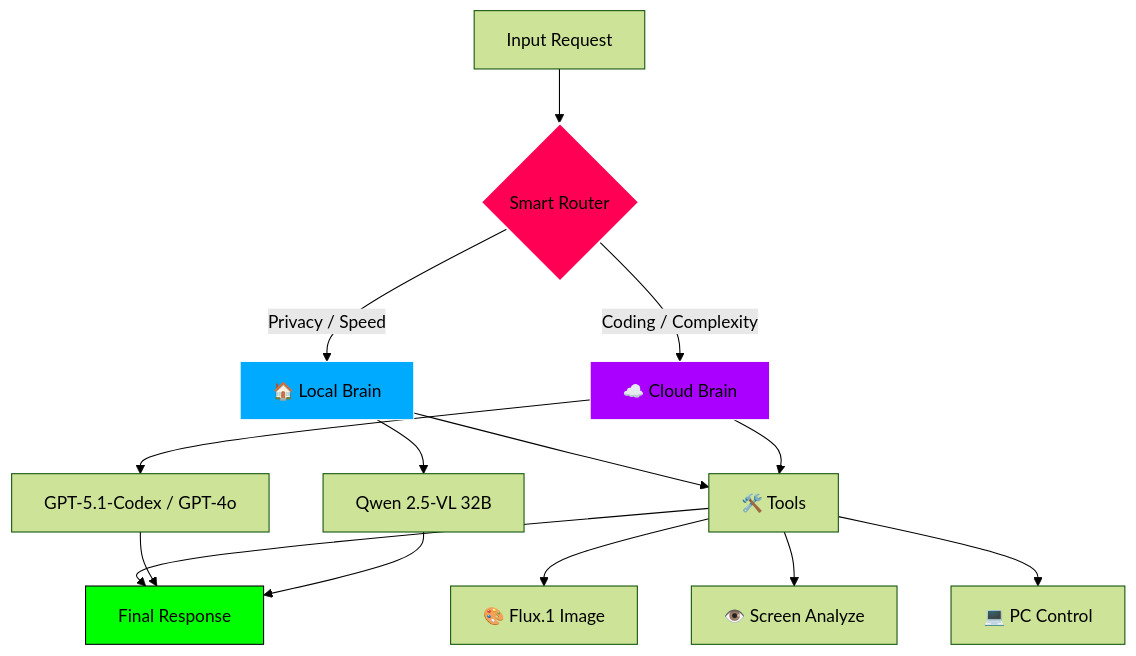
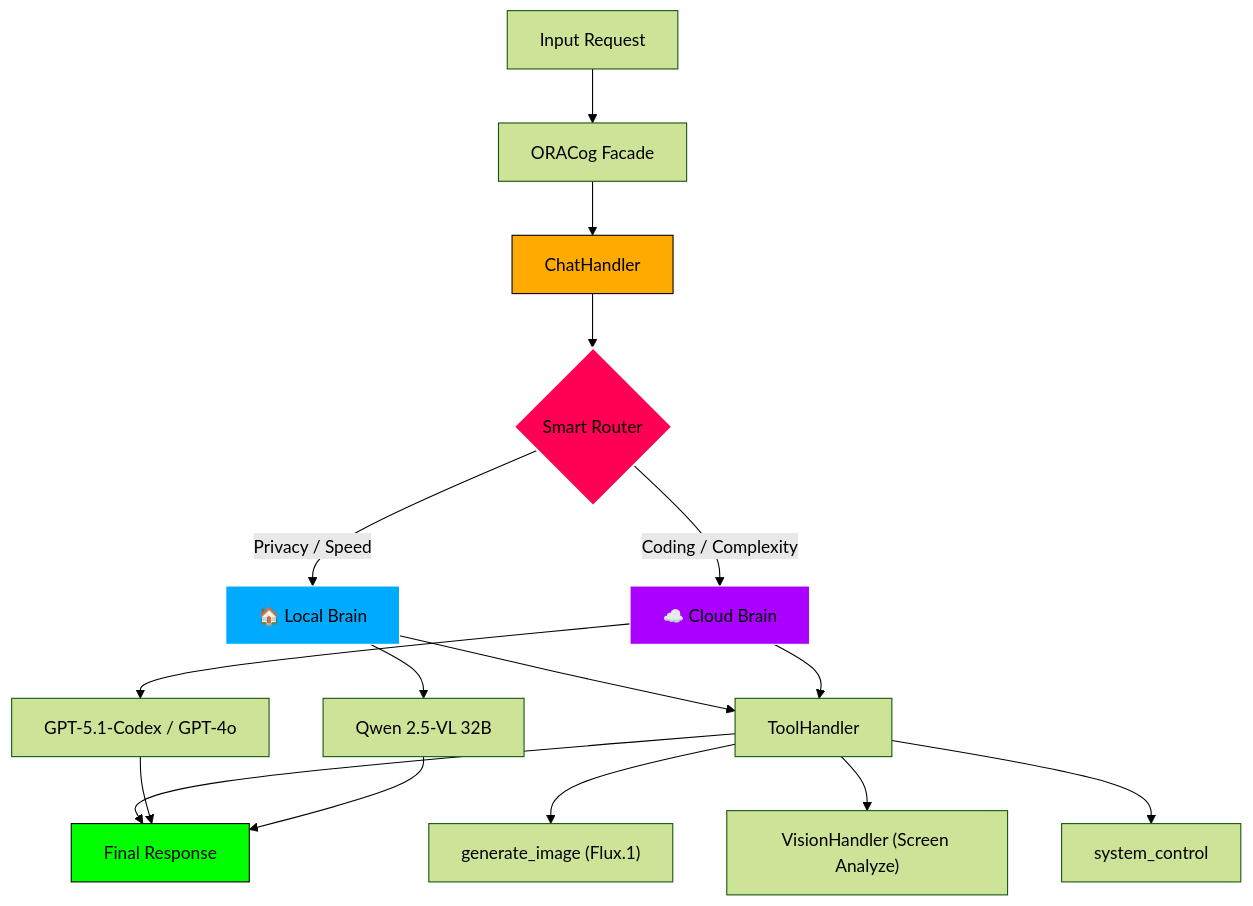
Before and after one commit to YoneRai12/YonerAI: the diagram in docs/SYSTEM_ARCHITECTURE.md, drawn with Mermaid (forest theme). The commit also changed other lines of this file and 4 other files, not shown here.

````diff
--- a/docs/SYSTEM_ARCHITECTURE.md
+++ b/docs/SYSTEM_ARCHITECTURE.md
@@ -25,30 +31,35 @@
 ```mermaid
 graph TD
-    Input[Input Request] --> Router{Smart Router}
+    Input[Input Request] --> Facade[ORACog Facade]
+    Facade --> Chat[ChatHandler]
+    
+    %% Router Decision inside ChatHandler
+    Chat --> Router{Smart Router}
     
     %% Local Path
     Router -->|Privacy / Speed| Local[🏠 Local Brain]
     Local --> Qwen["Qwen 2.5-VL 32B"]
     
     %% Cloud Path
     Router -->|Coding / Complexity| Cloud[☁️ Cloud Brain]
     Cloud --> GPT["GPT-5.1-Codex / GPT-4o"]
     
     %% Tools
-    Local --> Tools[🛠️ Tools]
+    Local --> Tools[ToolHandler]
     Cloud --> Tools
     
-    Tools --> Image["🎨 Flux.1 Image"]
-    Tools --> Vision["👁️ Screen Analyze"]
-    Tools --> System["💻 PC Control"]
+    Tools --> Image["generate_image (Flux.1)"]
+    Tools --> Vision["VisionHandler (Screen Analyze)"]
+    Tools --> System["system_control"]
 
     %% Output
     Tools --> Response
     GPT --> Response
     Qwen --> Response["Final Response"]
     
     style Router fill:#ff0055,stroke:#fff,stroke-width:2px
+    style Chat fill:#ffaa00,stroke:#000
     style Local fill:#00aaff,stroke:#fff
     style Cloud fill:#aa00ff,stroke:#fff
     style Response fill:#00ff00,stroke:#000
 ```
````
